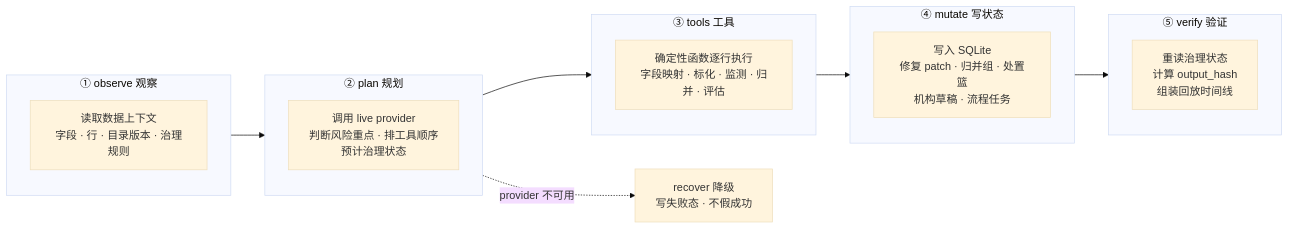
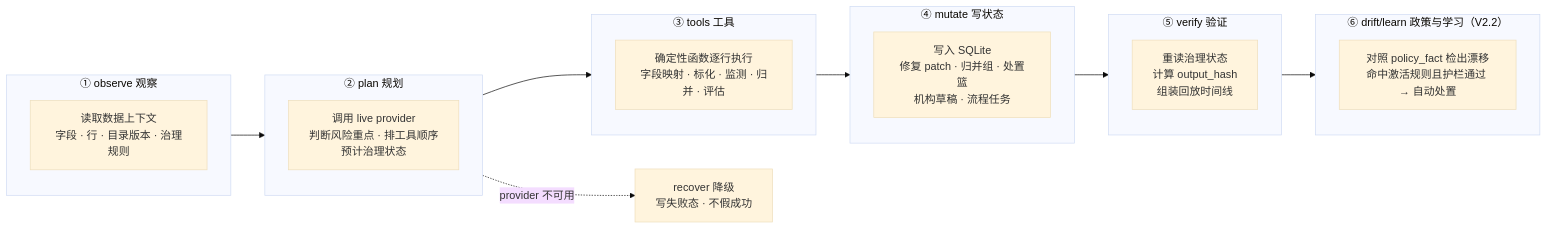
One commit to veithly/chs-ihssc changed the first of 5 diagrams in docs/PROJECT_OVERVIEW.md. Above: the diagram before and after it, drawn with Mermaid (base theme). The commit also changed other lines of this file and 63 other files, not shown here.

````diff
--- a/docs/PROJECT_OVERVIEW.md
+++ b/docs/PROJECT_OVERVIEW.md
@@ -64,21 +68,25 @@
 ```mermaid
 flowchart LR
     subgraph OB["① observe 观察"]
         OB1["读取数据上下文<br/>字段 · 行 · 目录版本 · 治理规则"]
     end
     subgraph PL["② plan 规划"]
         PL1["调用 live provider<br/>判断风险重点 · 排工具顺序<br/>预计治理状态"]
     end
     subgraph TL["③ tools 工具"]
         TL1["确定性函数逐行执行<br/>字段映射 · 标化 · 监测 · 归并 · 评估"]
     end
     subgraph MT["④ mutate 写状态"]
         MT1["写入 SQLite<br/>修复 patch · 归并组 · 处置篮<br/>机构草稿 · 流程任务"]
     end
     subgraph VF["⑤ verify 验证"]
         VF1["重读治理状态<br/>计算 output_hash<br/>组装回放时间线"]
     end
 
-    OB --> PL --> TL --> MT --> VF
+    subgraph DL["⑥ drift/learn 政策与学习（V2.2）"]
+        DL1["对照 policy_fact 检出漂移<br/>命中激活规则且护栏通过 → 自动处置"]
+    end
+
+    OB --> PL --> TL --> MT --> VF --> DL
     PL -. "provider 不可用" .-> RC["recover 降级<br/>写失败态 · 不假成功"]
 ```
````
